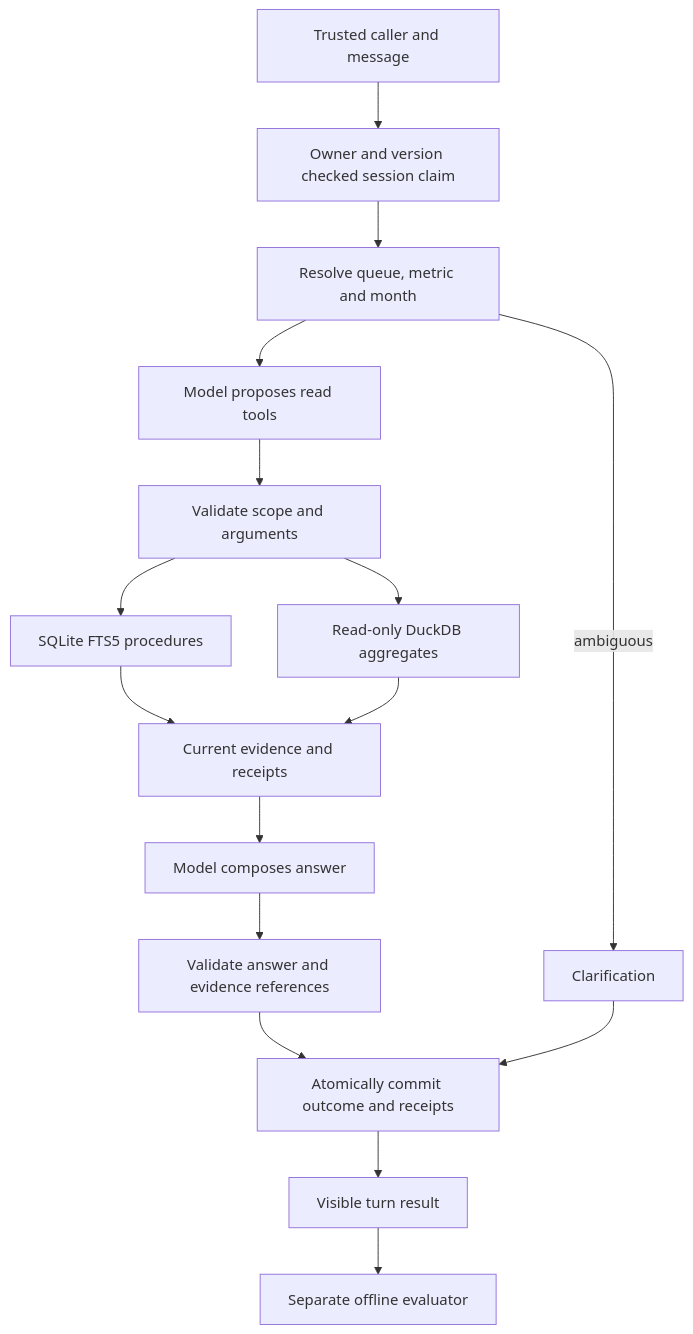
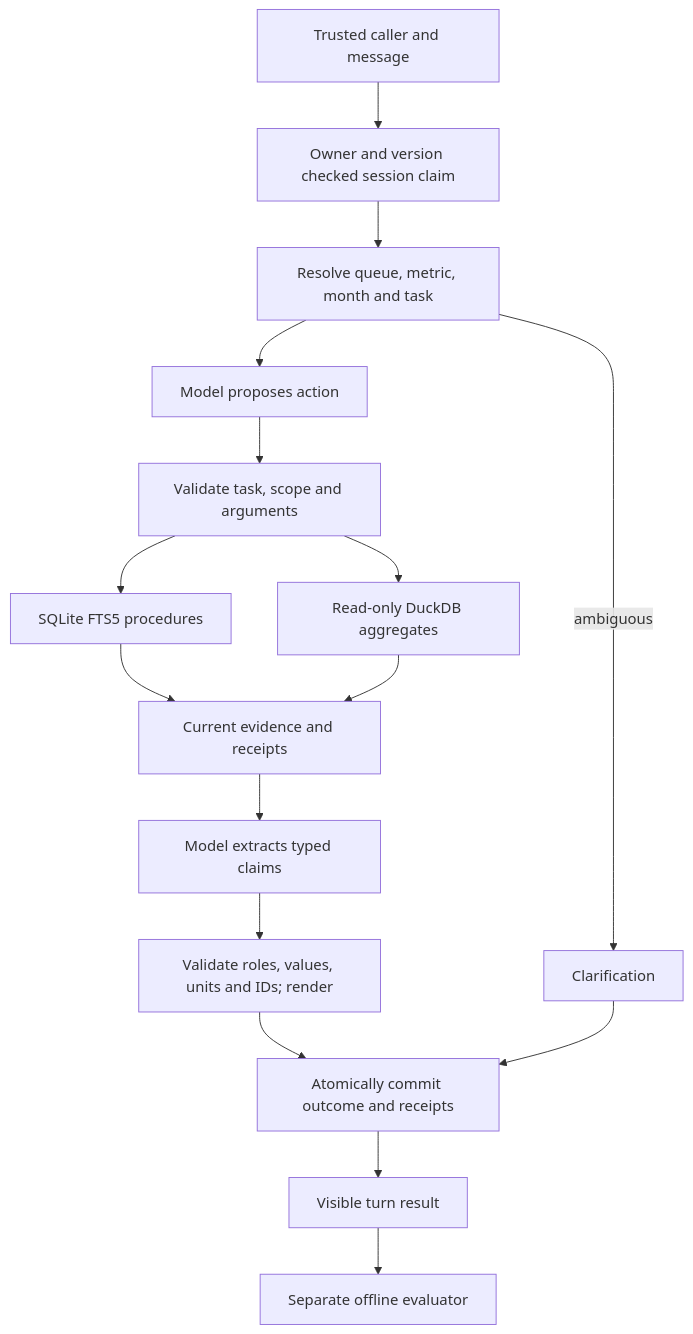
Before and after one commit to sranganatha/conversational-analytics-agent: the diagram in docs/architecture.md, drawn with Mermaid. The commit also changed other lines of this file and 37 other files, not shown here.

First line of the commit message:
Enforce conversational task contracts and grounded claims (#12)

````diff
--- a/docs/architecture.md
+++ b/docs/architecture.md
@@ -7,18 +8,18 @@
 ```mermaid
 flowchart TD
     C[Trusted caller and message] --> S[Owner and version checked session claim]
-    S --> R[Resolve queue, metric and month]
+    S --> R[Resolve queue, metric, month and task]
     R -->|ambiguous| Q[Clarification]
-    R --> P[Model proposes read tools]
-    P --> V[Validate scope and arguments]
+    R --> P[Model proposes action]
+    P --> V[Validate task, scope and arguments]
     V --> D[SQLite FTS5 procedures]
     V --> A[Read-only DuckDB aggregates]
     D --> E[Current evidence and receipts]
     A --> E
-    E --> M[Model composes answer]
-    M --> B[Validate answer and evidence references]
+    E --> M[Model extracts typed claims]
+    M --> B[Validate roles, values, units and IDs; render]
     B --> T[Atomically commit outcome and receipts]
     Q --> T
     T --> O[Visible turn result]
     O --> F[Separate offline evaluator]
 ```
````
